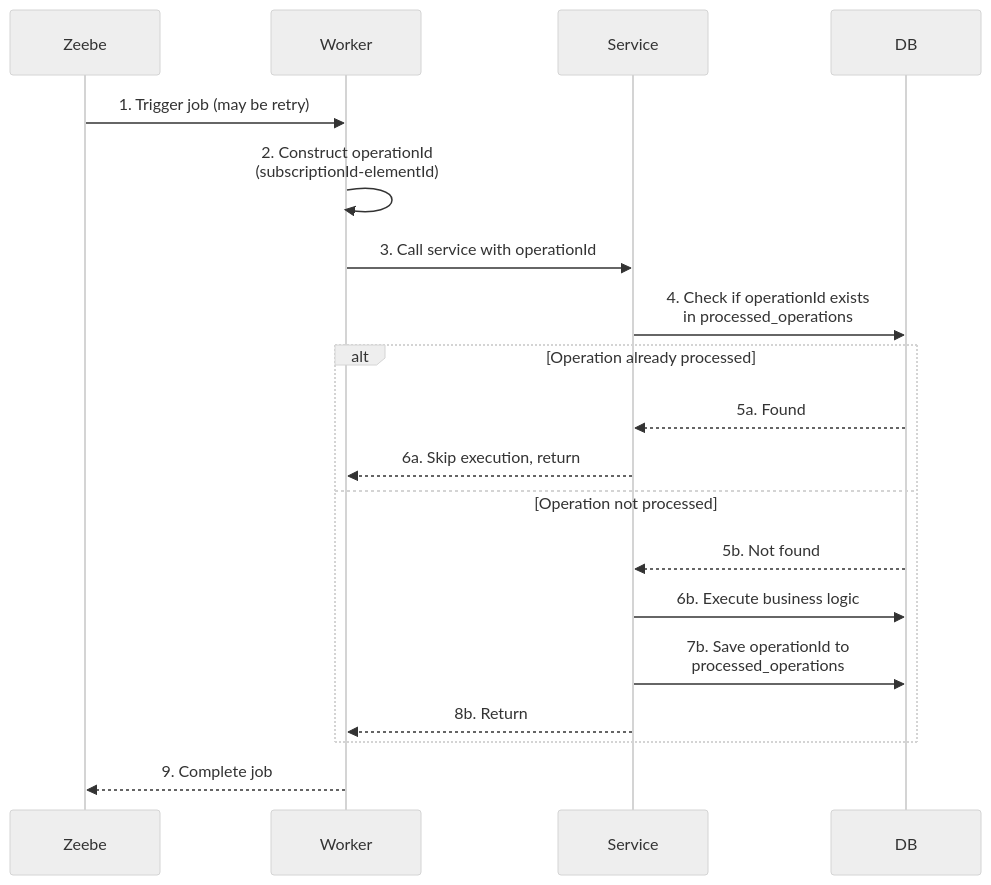
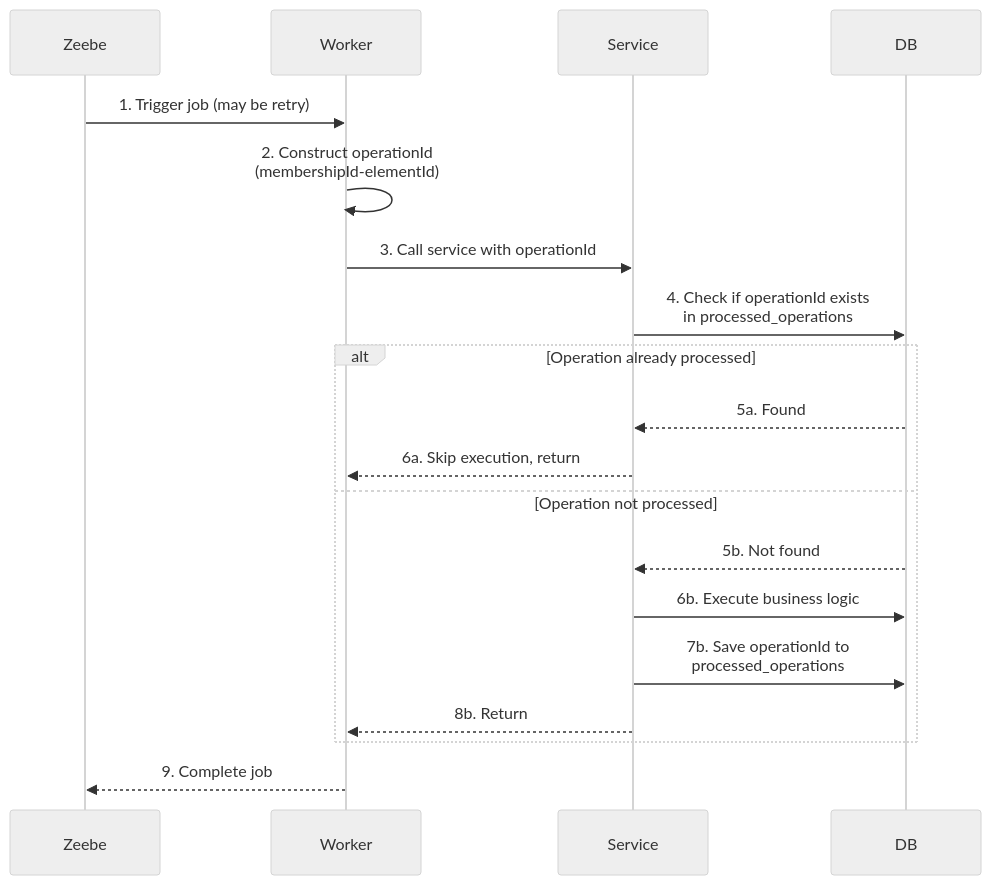
One commit to emaarco/distributed-horcruxes changed the diagram in examples/idempotency-pattern/README.md. Above: the diagram before and after it, drawn with Mermaid (neutral theme). The commit also changed other lines of this file and 512 other files, not shown here.

````diff
--- a/examples/idempotency-pattern/README.md
+++ b/examples/idempotency-pattern/README.md
@@ -185,24 +191,24 @@
 ```mermaid
 sequenceDiagram
     participant Zeebe
     participant Worker
     participant Service
     participant DB
 
     Zeebe->>Worker: 1. Trigger job (may be retry)
-    Worker->>Worker: 2. Construct operationId<br/>(subscriptionId-elementId)
+    Worker->>Worker: 2. Construct operationId<br/>(membershipId-elementId)
     Worker->>Service: 3. Call service with operationId
     Service->>DB: 4. Check if operationId exists<br/>in processed_operations
 
     alt Operation already processed
         DB-->>Service: 5a. Found
         Service-->>Worker: 6a. Skip execution, return
     else Operation not processed
         DB-->>Service: 5b. Not found
         Service->>DB: 6b. Execute business logic
         Service->>DB: 7b. Save operationId to<br/>processed_operations
         Service-->>Worker: 8b. Return
     end
 
     Worker-->>Zeebe: 9. Complete job
 ```
````
